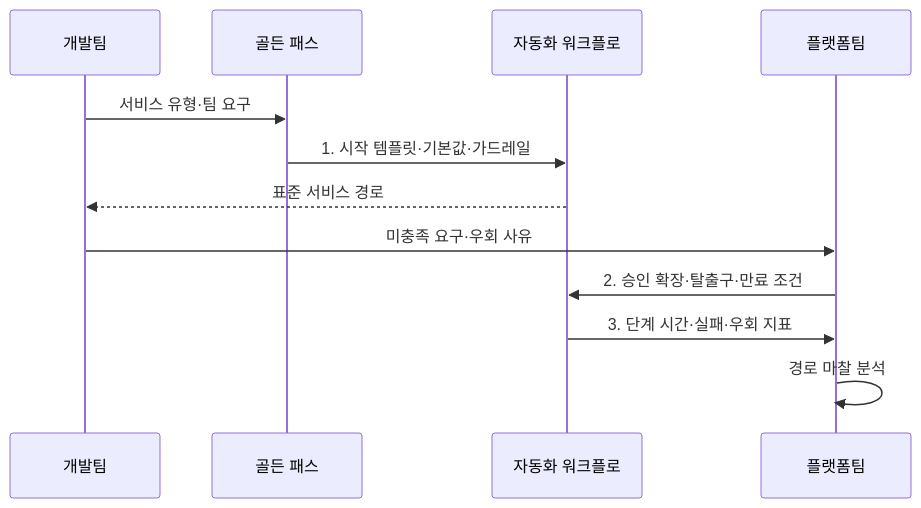
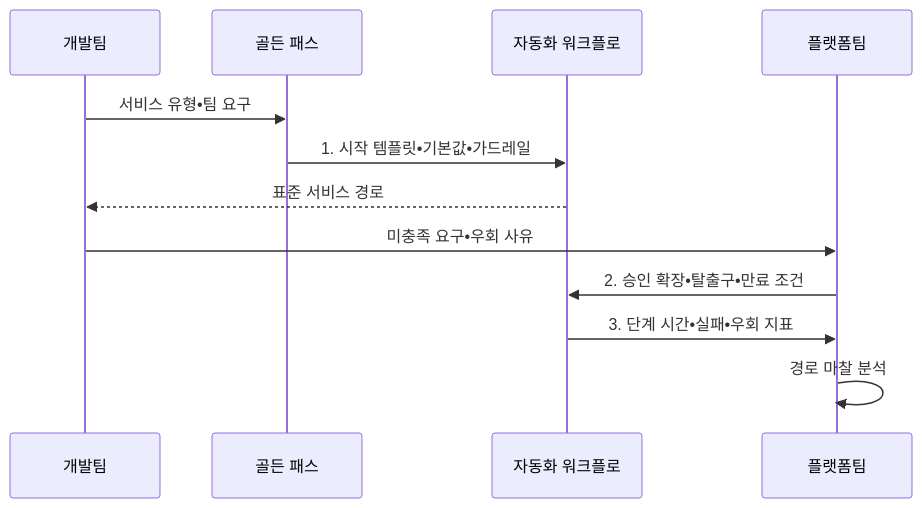
The second of 2 diagrams in src/content/docs/notes/03-software/083_internal_developer_platform_golden_path.md (agnusdei1207/knowledge-base), drawn with Mermaid before and after one commit. The commit also changed other lines of this file and 953 other files, not shown here.

````diff
--- a/src/content/docs/notes/03-software/083_internal_developer_platform_golden_path.md
+++ b/src/content/docs/notes/03-software/083_internal_developer_platform_golden_path.md
@@ -106,14 +106,14 @@
 ```mermaid
 sequenceDiagram
     participant D as 개발팀
     participant P as 골든 패스
     participant W as 자동화 워크플로
     participant A as 플랫폼팀
-    D->>P: 서비스 유형·팀 요구
-    P->>W: 1. 시작 템플릿·기본값·가드레일
+    D->>P: 서비스 유형•팀 요구
+    P->>W: 1. 시작 템플릿•기본값•가드레일
     W-->>D: 표준 서비스 경로
-    D->>A: 미충족 요구·우회 사유
-    A->>W: 2. 승인 확장·탈출구·만료 조건
-    W->>A: 3. 단계 시간·실패·우회 지표
+    D->>A: 미충족 요구•우회 사유
+    A->>W: 2. 승인 확장•탈출구•만료 조건
+    W->>A: 3. 단계 시간•실패•우회 지표
     A->>A: 경로 마찰 분석
 ```
````
